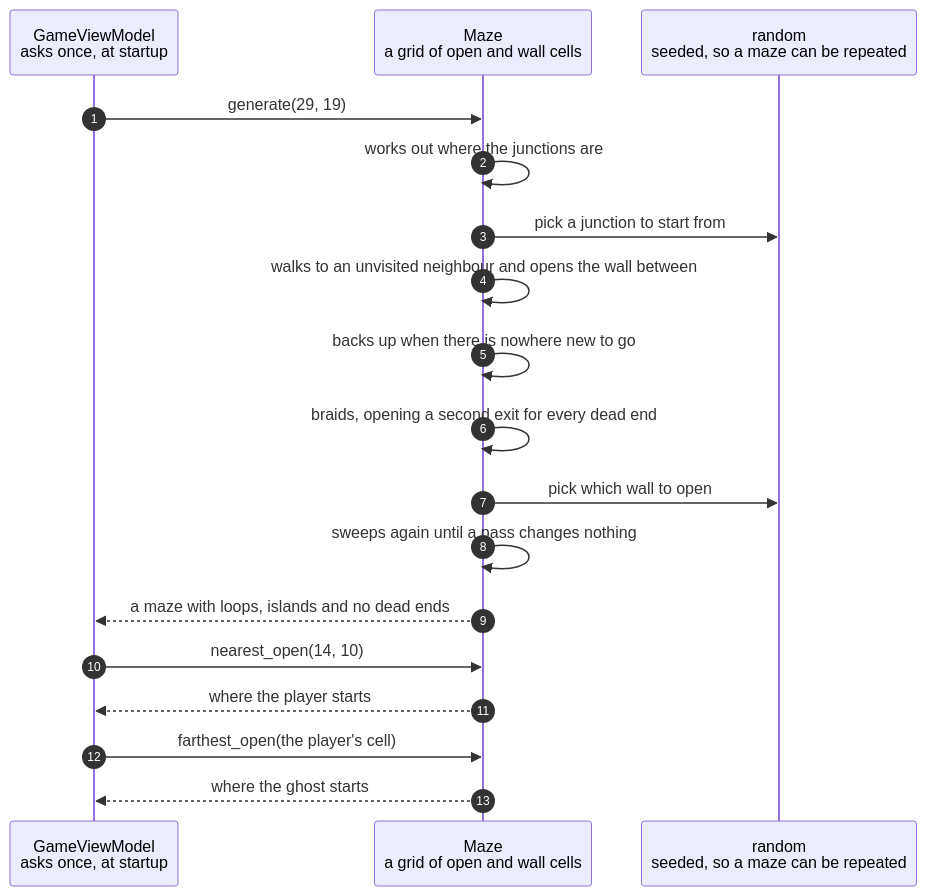
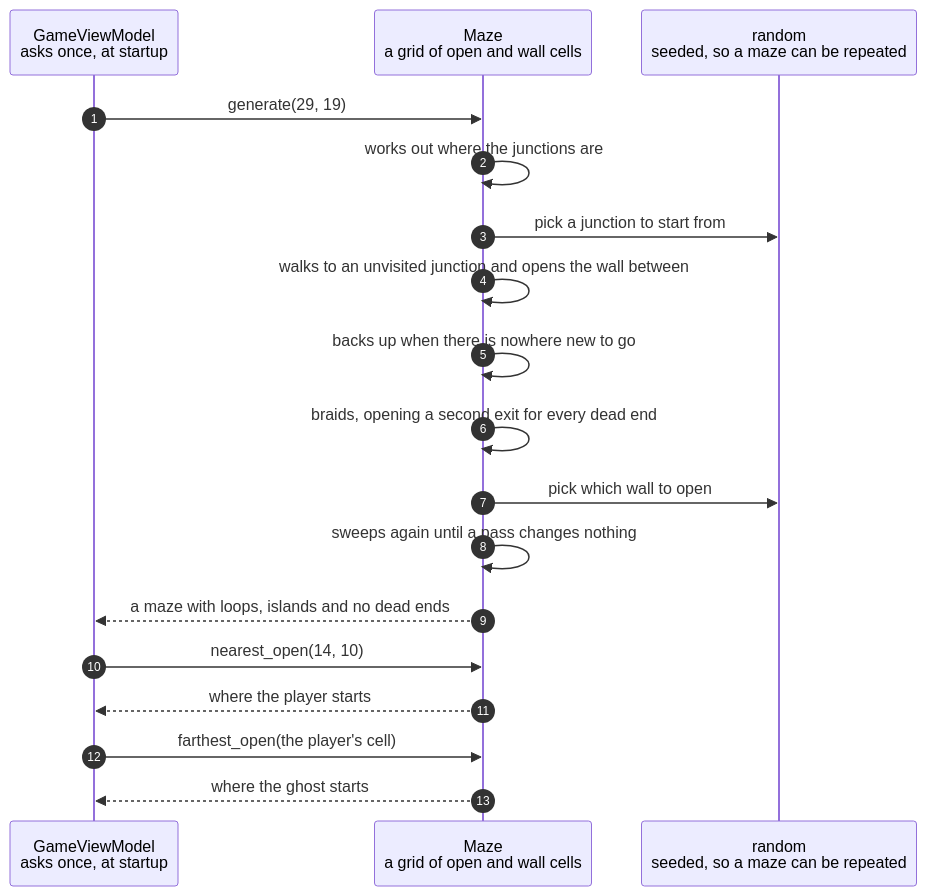
The diagram in docs/scenarios/a-maze-is-carved-and-then-braided-until-it-has-no-dead-ends.md (replicant1/TerminalGame), drawn with Mermaid before and after one commit. The commit also changed other lines of this file and 1 other file, not shown here.

````diff
--- a/docs/scenarios/a-maze-is-carved-and-then-braided-until-it-has-no-dead-ends.md
+++ b/docs/scenarios/a-maze-is-carved-and-then-braided-until-it-has-no-dead-ends.md
@@ -55,21 +84,21 @@
 ```mermaid
 sequenceDiagram
     autonumber
     participant ViewModel as GameViewModel<br/>asks once, at startup
     participant Maze as Maze<br/>a grid of open and wall cells
     participant Rng as random<br/>seeded, so a maze can be repeated
 
     ViewModel->>Maze: generate(29, 19)
     Maze->>Maze: works out where the junctions are
     Maze->>Rng: pick a junction to start from
-    Maze->>Maze: walks to an unvisited neighbour and opens the wall between
+    Maze->>Maze: walks to an unvisited junction and opens the wall between
     Maze->>Maze: backs up when there is nowhere new to go
     Maze->>Maze: braids, opening a second exit for every dead end
     Maze->>Rng: pick which wall to open
     Maze->>Maze: sweeps again until a pass changes nothing
     Maze-->>ViewModel: a maze with loops, islands and no dead ends
     ViewModel->>Maze: nearest_open(14, 10)
     Maze-->>ViewModel: where the player starts
     ViewModel->>Maze: farthest_open(the player's cell)
     Maze-->>ViewModel: where the ghost starts
 ```
````
